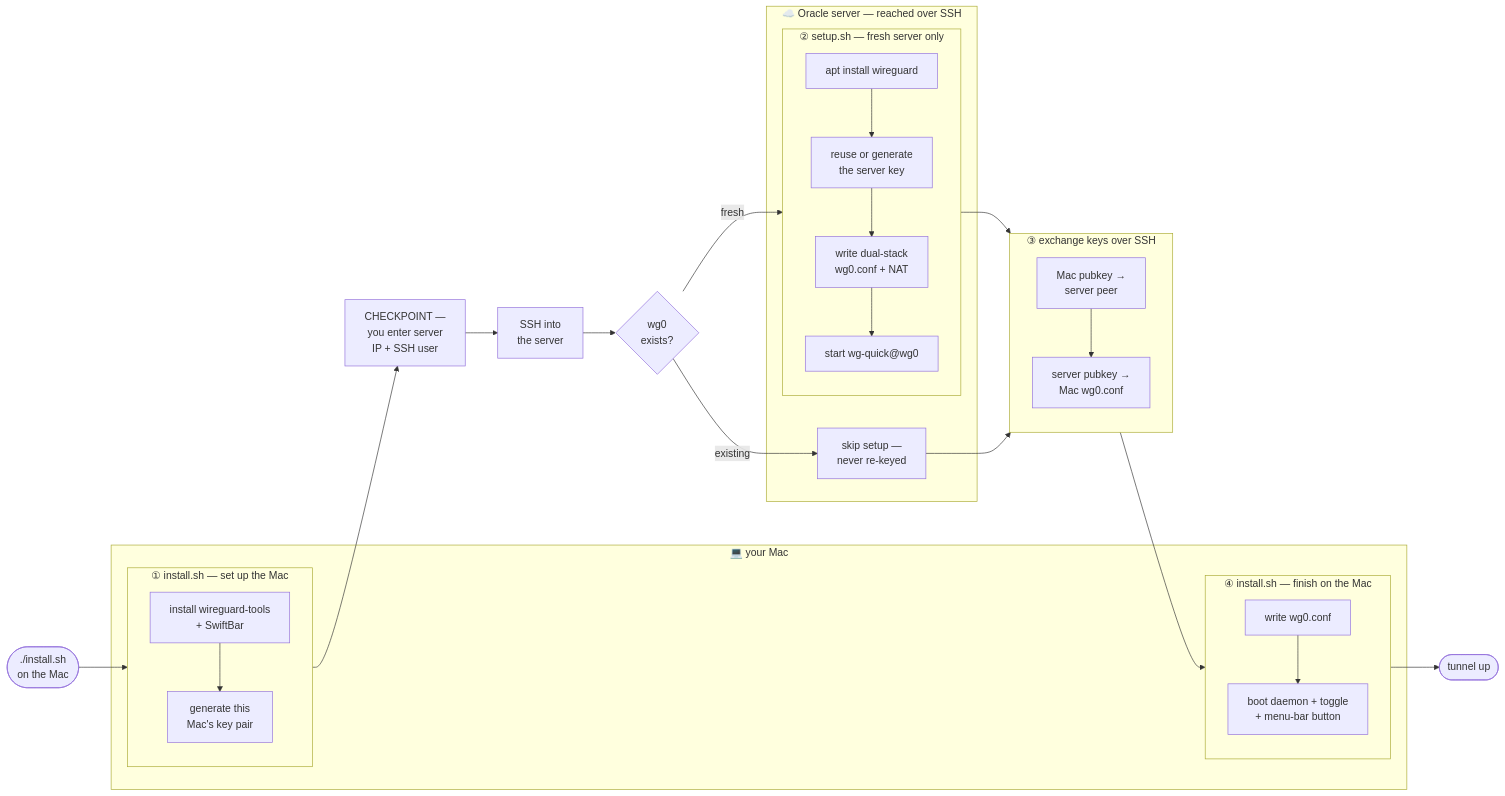
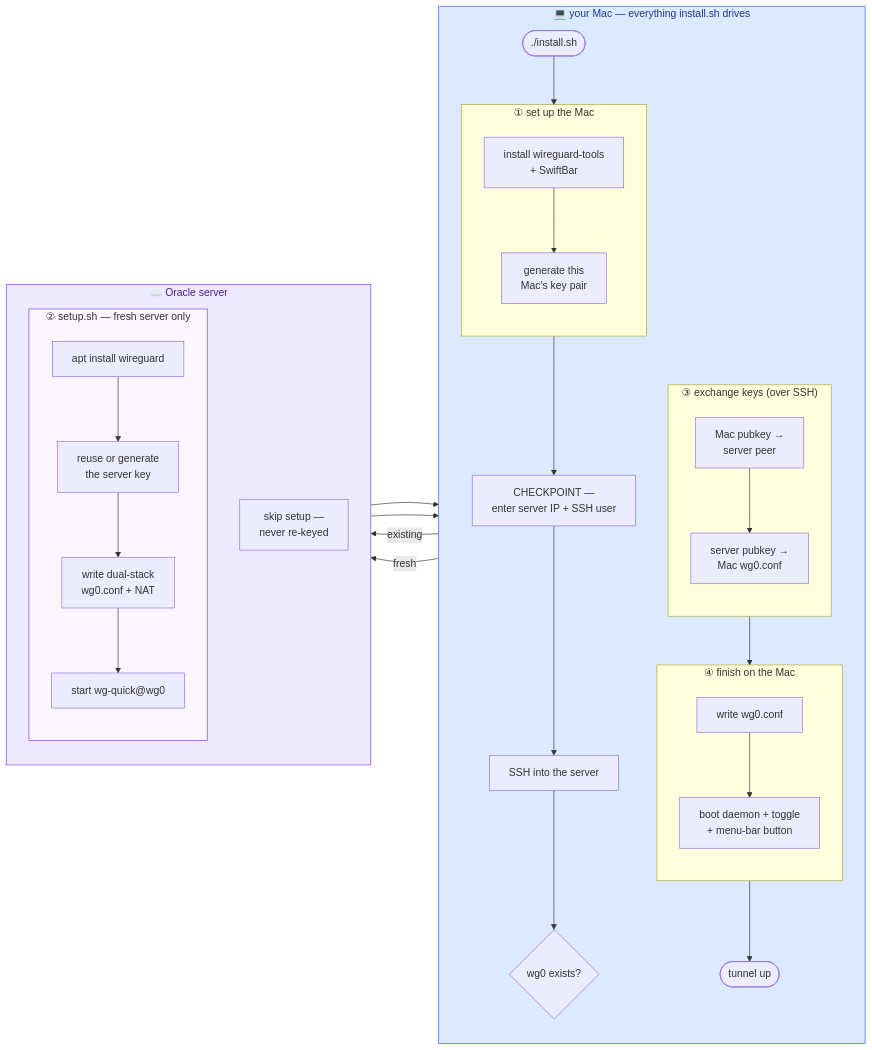
The diagram in README.md (codereyinish/ColdVPN), drawn with Mermaid before and after one commit.

Commit message:
README diagram: move SSH/exchange inside the Mac box (vertical), color Mac vs Oracle

````diff
--- a/README.md
+++ b/README.md
@@ -65,39 +65,45 @@
 ```mermaid
 flowchart LR
-    Start(["./install.sh<br/>on the Mac"]) --> S1
-    S1 --> CP["CHECKPOINT —<br/>you enter server<br/>IP + SSH user"]
-    CP --> SSH["SSH into<br/>the server"]
-    SSH --> Q{"wg0<br/>exists?"}
-    Q -->|"fresh"| S2
-    Q -->|"existing"| SKIP["skip setup —<br/>never re-keyed"]
-    S2 --> S3
-    SKIP --> S3
-    S3 --> S4
-    S4 --> Done(["tunnel up"])
+    subgraph MAC["💻 your Mac — everything install.sh drives"]
+        direction TB
+        Start(["./install.sh"]) --> S1
+        S1 --> CP["CHECKPOINT —<br/>enter server IP + SSH user"]
+        CP --> SSH["SSH into the server"]
+        SSH --> Q{"wg0 exists?"}
+        S3 --> S4
+        S4 --> Done(["tunnel up"])
 
-    subgraph MAC["💻 your Mac"]
-        subgraph S1["① install.sh — set up the Mac"]
+        subgraph S1["① set up the Mac"]
             direction TB
             a1["install wireguard-tools<br/>+ SwiftBar"] --> a2["generate this<br/>Mac's key pair"]
         end
-        subgraph S4["④ install.sh — finish on the Mac"]
+        subgraph S3["③ exchange keys (over SSH)"]
+            direction TB
+            c1["Mac pubkey →<br/>server peer"] --> c2["server pubkey →<br/>Mac wg0.conf"]
+        end
+        subgraph S4["④ finish on the Mac"]
             direction TB
             d1["write wg0.conf"] --> d2["boot daemon + toggle<br/>+ menu-bar button"]
         end
     end
 
-    subgraph ORACLE["☁️ Oracle server — reached over SSH"]
+    Q -->|"fresh"| S2
+    Q -->|"existing"| SKIP
+    S2 --> S3
+    SKIP --> S3
+
+    subgraph ORACLE["☁️ Oracle server"]
+        direction TB
         subgraph S2["② setup.sh — fresh server only"]
             direction TB
             b1["apt install wireguard"] --> b2["reuse or generate<br/>the server key"]
             b2 --> b3["write dual-stack<br/>wg0.conf + NAT"]
             b3 --> b4["start wg-quick@wg0"]
         end
-        SKIP
+        SKIP["skip setup —<br/>never re-keyed"]
     end
 
-    subgraph S3["③ exchange keys over SSH"]
-        direction TB
-        c1["Mac pubkey →<br/>server peer"] --> c2["server pubkey →<br/>Mac wg0.conf"]
-    end
+    style MAC fill:#dbeafe,stroke:#2563eb,color:#1e3a8a
+    style ORACLE fill:#ede9fe,stroke:#7c3aed,color:#4c1d95
+    style S2 fill:#faf5ff,stroke:#7c3aed
 ```
````
